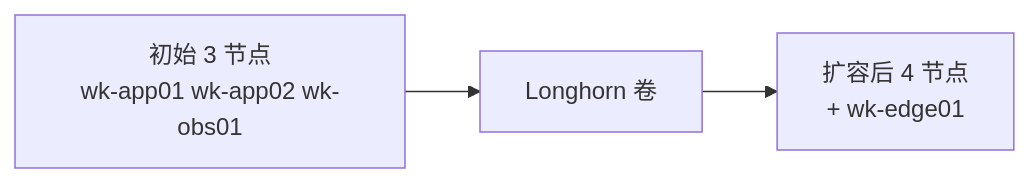
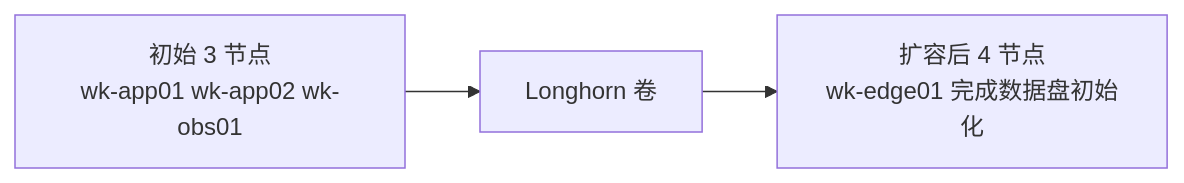
The diagram in k8s/04-storage-and-stateful/docs/07_expand_longhorn_node.md (hwang-protocol/docker_k8s_2026), drawn with Mermaid before and after one commit. The commit also changed other lines of this file and 40 other files, not shown here.

````diff
--- a/k8s/04-storage-and-stateful/docs/07_expand_longhorn_node.md
+++ b/k8s/04-storage-and-stateful/docs/07_expand_longhorn_node.md
@@ -36,9 +32,9 @@
 ```mermaid
 flowchart LR
   stage1[初始 3 节点<br/>wk-app01 wk-app02 wk-obs01]
   volume[Longhorn 卷]
-  stage2[扩容后 4 节点<br/>+ wk-edge01]
+  stage2[扩容后 4 节点<br/>wk-edge01 完成数据盘初始化]
 
   stage1 --> volume
   volume --> stage2
 ```
````
